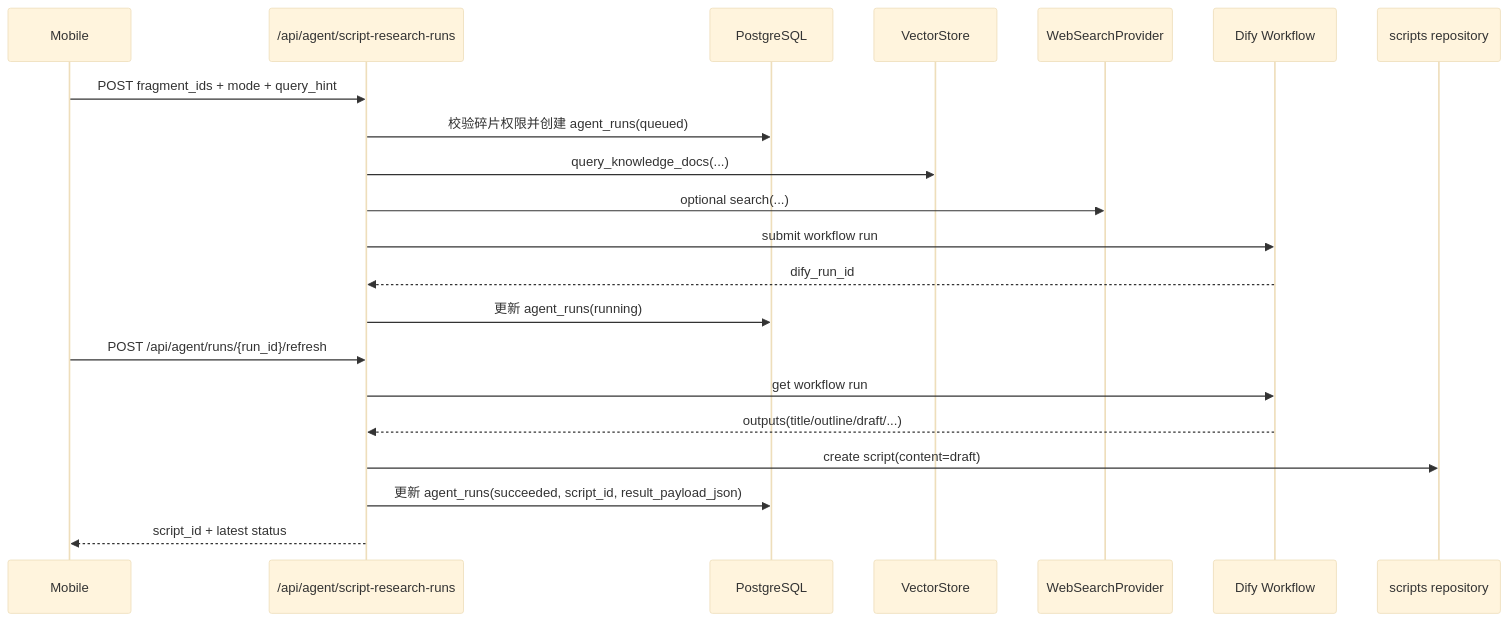
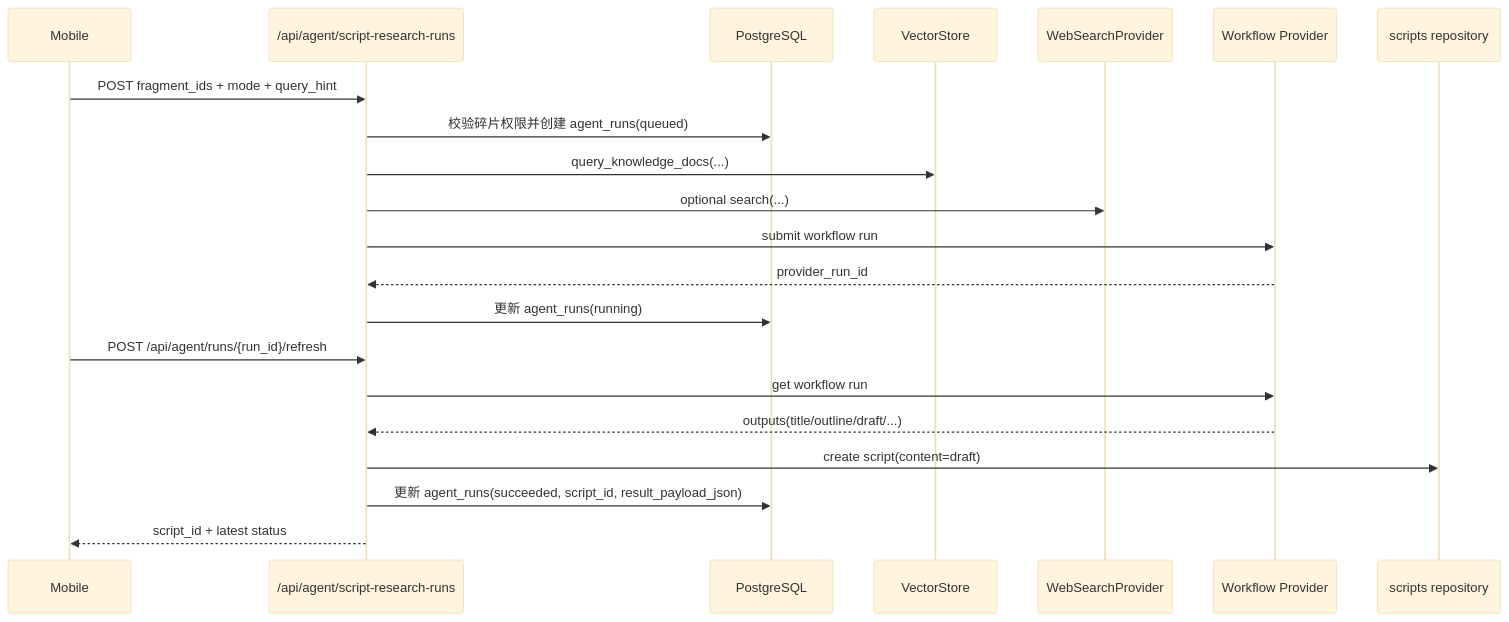
Before and after one commit to YCZA2/SparkFlow: the sixth of 9 diagrams in memory-bank/architecture.md, drawn with Mermaid (base theme). The commit also changed other lines of this file and 15 other files, not shown here.

Commit message:
抽象外挂工作流 provider 并下沉 Dify 适配器

````diff
--- a/memory-bank/architecture.md
+++ b/memory-bank/architecture.md
@@ -300,24 +300,24 @@
 ```mermaid
 sequenceDiagram
     participant App as Mobile
     participant API as /api/agent/script-research-runs
     participant DB as PostgreSQL
     participant VDB as VectorStore
     participant WEB as WebSearchProvider
-    participant DIFY as Dify Workflow
+    participant WFP as Workflow Provider
     participant SCRIPT as scripts repository
 
     App->>API: POST fragment_ids + mode + query_hint
     API->>DB: 校验碎片权限并创建 agent_runs(queued)
     API->>VDB: query_knowledge_docs(...)
     API->>WEB: optional search(...)
-    API->>DIFY: submit workflow run
-    DIFY-->>API: dify_run_id
+    API->>WFP: submit workflow run
+    WFP-->>API: provider_run_id
     API->>DB: 更新 agent_runs(running)
     App->>API: POST /api/agent/runs/{run_id}/refresh
-    API->>DIFY: get workflow run
-    DIFY-->>API: outputs(title/outline/draft/...)
+    API->>WFP: get workflow run
+    WFP-->>API: outputs(title/outline/draft/...)
     API->>SCRIPT: create script(content=draft)
     API->>DB: 更新 agent_runs(succeeded, script_id, result_payload_json)
     API-->>App: script_id + latest status
 ```
````
